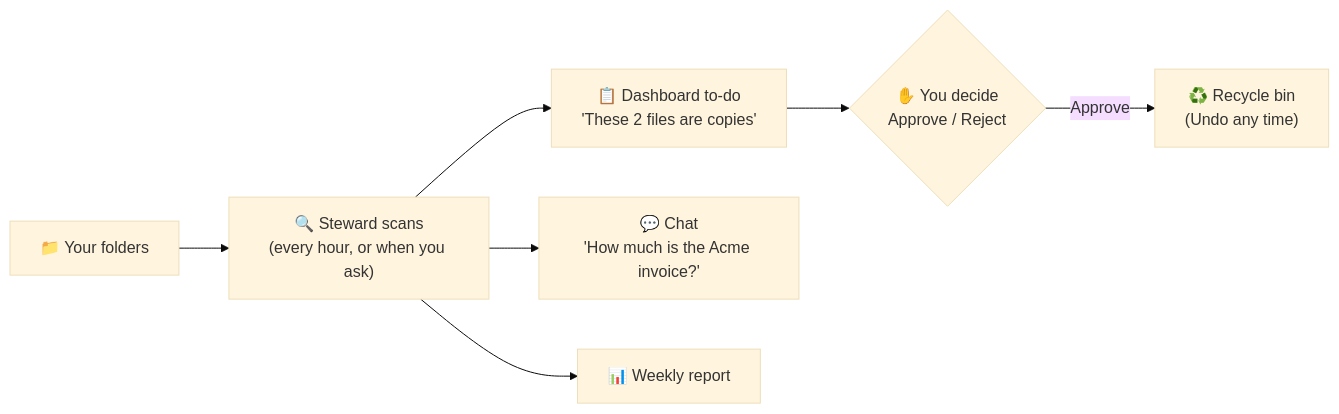
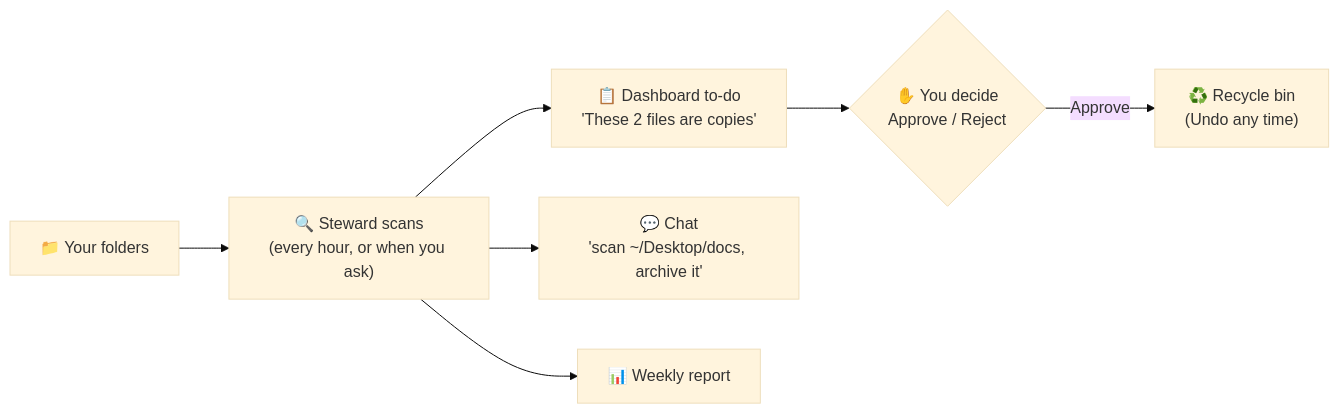
Before and after one commit to aion7891/steward: the diagram in docs/user-guide/README.md, drawn with Mermaid (base theme). The commit also changed other lines of this file and 30 other files, not shown here.

````diff
--- a/docs/user-guide/README.md
+++ b/docs/user-guide/README.md
@@ -27,9 +27,9 @@
 ```mermaid
 flowchart LR
     A["📁 Your folders"] --> B["🔍 Steward scans<br/>(every hour, or when you ask)"]
     B --> C["📋 Dashboard to-do<br/>'These 2 files are copies'"]
     C --> D{"✋ You decide<br/>Approve / Reject"}
     D -->|Approve| E["♻️ Recycle bin<br/>(Undo any time)"]
-    B --> F["💬 Chat<br/>'How much is the Acme invoice?'"]
+    B --> F["💬 Chat<br/>'scan ~/Desktop/docs, archive it'"]
     B --> G["📊 Weekly report"]
 ```
````
